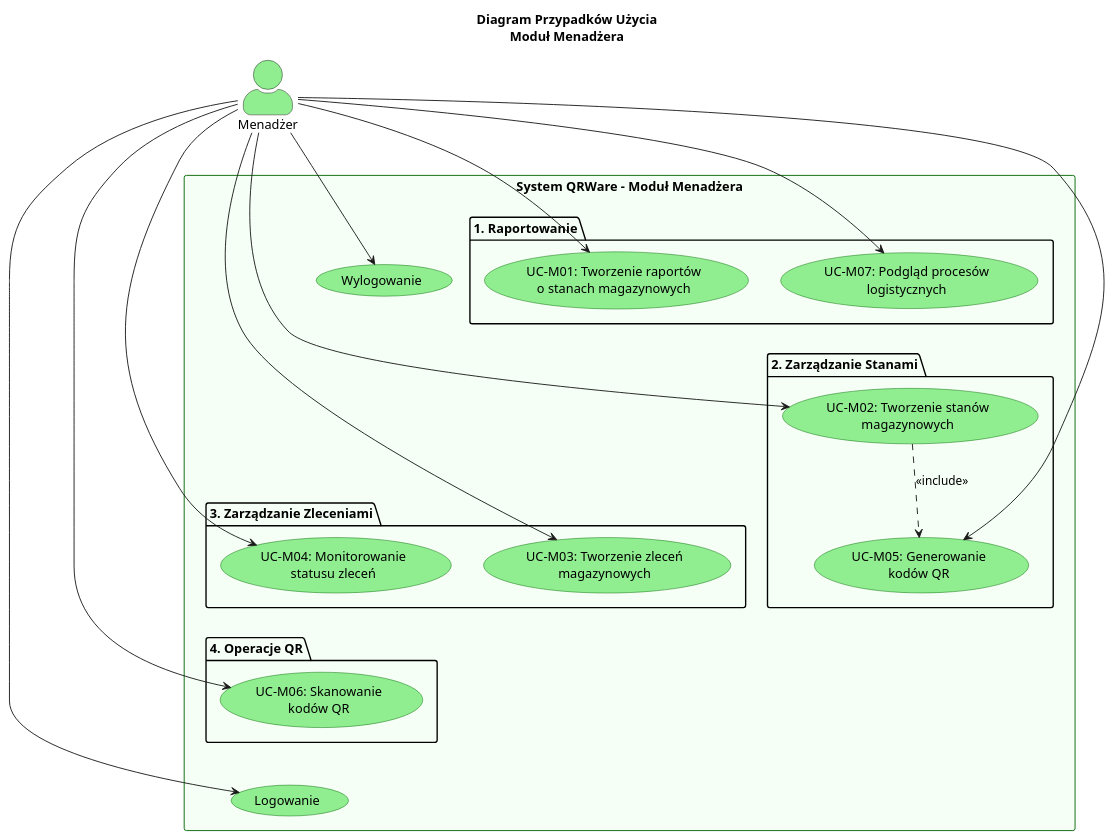
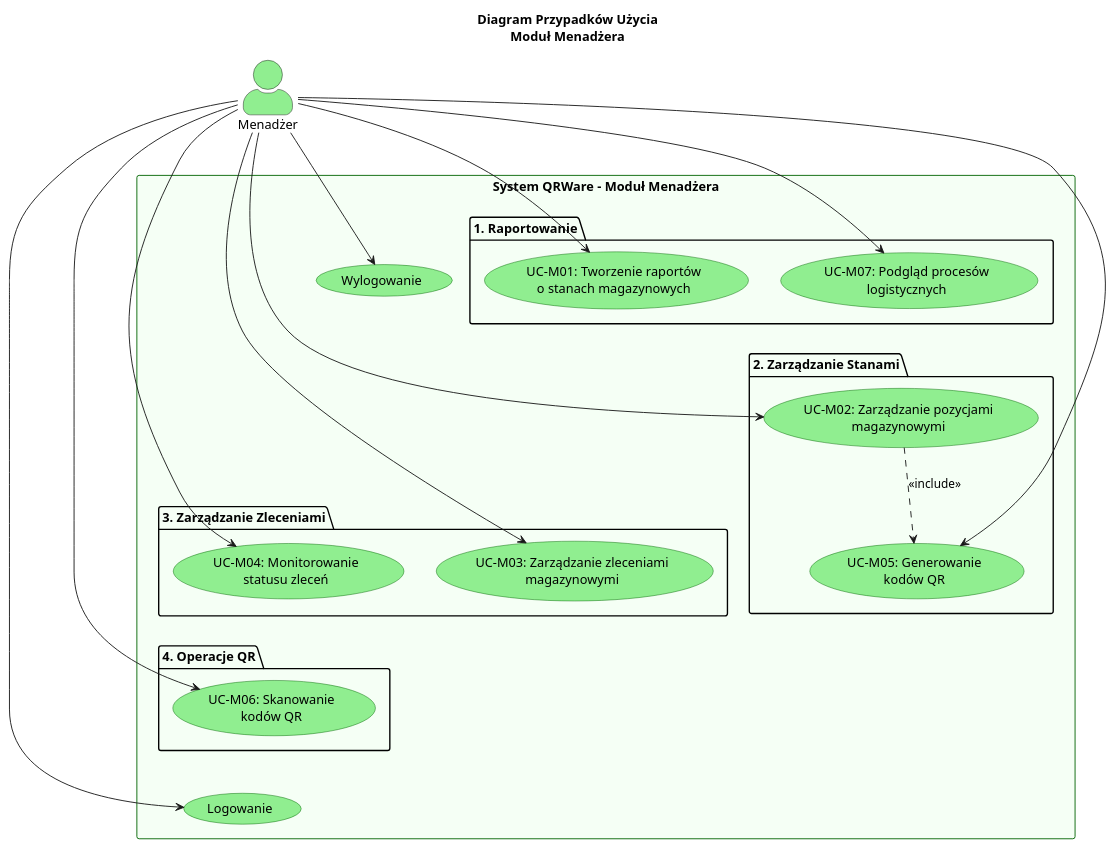
One commit to jantom38/QRWare1 changed the diagram in diagrams/use_case_manager.puml. Above: the diagram before and after it, drawn with PlantUML. The commit also changed 70 other files, not shown here.

```diff
--- a/diagrams/use_case_manager.puml
+++ b/diagrams/use_case_manager.puml
@@ -1,66 +1,69 @@
 @startuml Use Case - Modul Menadzera - Pionowy
 
 top to bottom direction
 
 skinparam actorStyle awesome
 skinparam usecase {
     BackgroundColor LightGreen
     BorderColor DarkGreen
 }
 skinparam rectangle {
     BackgroundColor #F5FFF5
     BorderColor DarkGreen
 }
 
 title Diagram Przypadków Użycia\nModuł Menadżera
 
 actor "Menadżer" as Manager #LightGreen
 
 rectangle "System QRWare - Moduł Menadżera" {
     
     package "1. Raportowanie" {
         usecase "UC-M01: Tworzenie raportów\no stanach magazynowych" as UC_M01
         usecase "UC-M07: Podgląd procesów\nlogistycznych" as UC_M07
     }
     
     package "2. Zarządzanie Stanami" {
-        usecase "UC-M02: Tworzenie stanów\nmagazynowych" as UC_M02
+        ' ZMIANA TUTAJ: Zamiast "Tworzenie" jest "Zarządzanie" (obejmuje edycję/usuwanie)
+        usecase "UC-M02: Zarządzanie pozycjami\nmagazynowymi" as UC_M02
         usecase "UC-M05: Generowanie\nkodów QR" as UC_M05
     }
     
     package "3. Zarządzanie Zleceniami" {
-        usecase "UC-M03: Tworzenie zleceń\nmagazynowych" as UC_M03
+        ' SUGESTIA: Tu też warto zmienić na "Zarządzanie", chyba że Menadżer tylko tworzy, a nie może edytować?
+        ' Jeśli może edytować/anulować, zostaw "Zarządzanie".
+        usecase "UC-M03: Zarządzanie zleceniami\nmagazynowymi" as UC_M03
         usecase "UC-M04: Monitorowanie\nstatusu zleceń" as UC_M04
     }
     
     package "4. Operacje QR" {
         usecase "UC-M06: Skanowanie\nkodów QR" as UC_M06
     }
    
     usecase "Logowanie" as Login
     usecase "Wylogowanie" as Logout
 }
 
 ' Relacje aktora
 Manager --> UC_M01
 Manager --> UC_M02
 Manager --> UC_M03
 Manager --> UC_M04
 Manager --> UC_M05
 Manager --> UC_M06
 Manager --> UC_M07
 Manager --> Login
 Manager --> Logout
 
 ' Relacje logiczne
 UC_M02 ..> UC_M05 : <<include>>
 
 ' === SEKCJA LAYOUT (Wymuszanie pionu) ===
 ' Łaczymy ostatni element grupy wyzszej z pierwszym elementem grupy nizszej
 UC_M01 -[hidden]-> UC_M02
 UC_M02 -[hidden]-> UC_M03
 UC_M03 -[hidden]-> UC_M06
 ' Logowanie na sam dol
 UC_M06 -[hidden]-> Login
 
 @enduml
```
